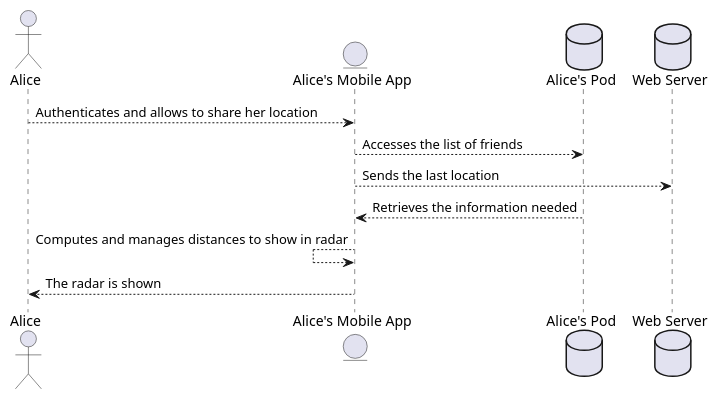
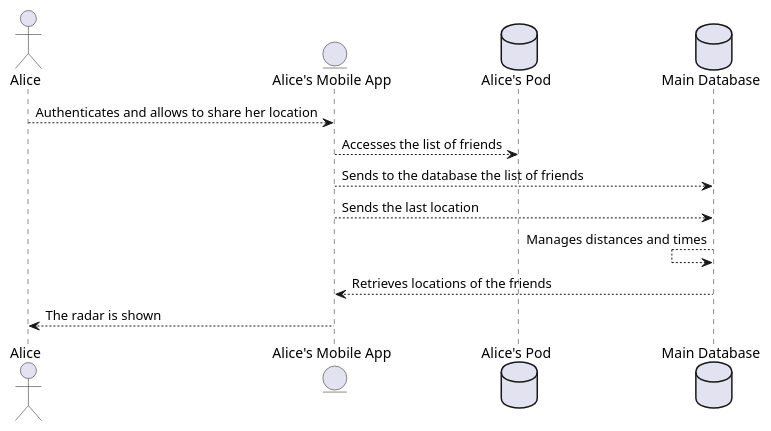
The first of 3 diagrams in webapp/docs/06_runtime_view.adoc (Arquisoft/radarin_en1b), drawn with PlantUML before and after one commit. The commit also changed other lines of this file and 3 other files, not shown here.

```diff
--- a/webapp/docs/06_runtime_view.adoc
+++ b/webapp/docs/06_runtime_view.adoc
@@ -45,13 +42,14 @@
 [plantuml,"Sequence diagram 1",png]
 ----
 actor Alice
 entity MAApp as "Alice's Mobile App"
 database Pod1 as "Alice's Pod"
-database Server as "Web Server"
+database Server as "Main Database"
 Alice --> MAApp: Authenticates and allows to share her location
 MAApp --> Pod1: Accesses the list of friends
+MAApp --> Server: Sends to the database the list of friends
 MAApp --> Server: Sends the last location
-MAApp <-- Pod1: Retrieves the information needed
-MAApp <-- MAApp: Computes and manages distances to show in radar
+Server <-- Server: Manages distances and times
+MAApp <-- Server: Retrieves locations of the friends
 Alice <-- MAApp: The radar is shown
 ----
```
